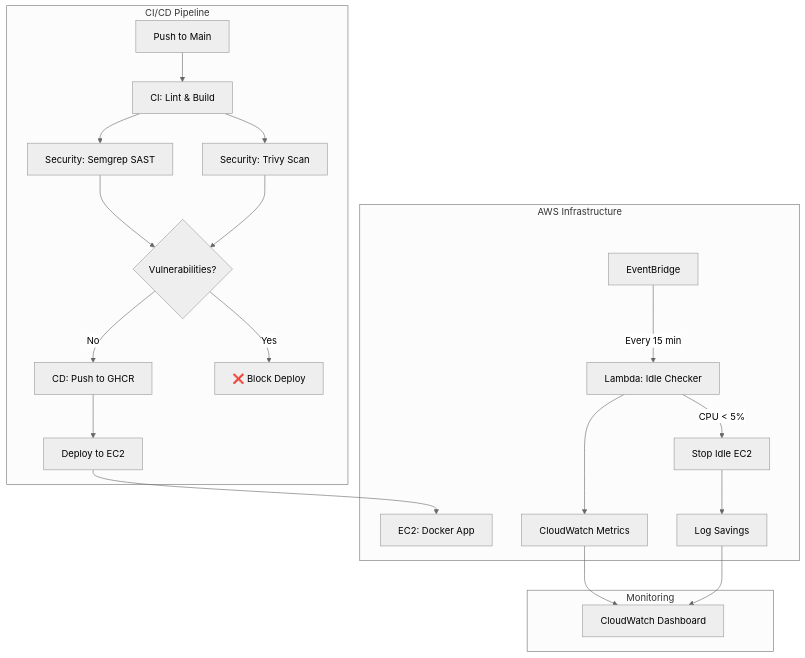
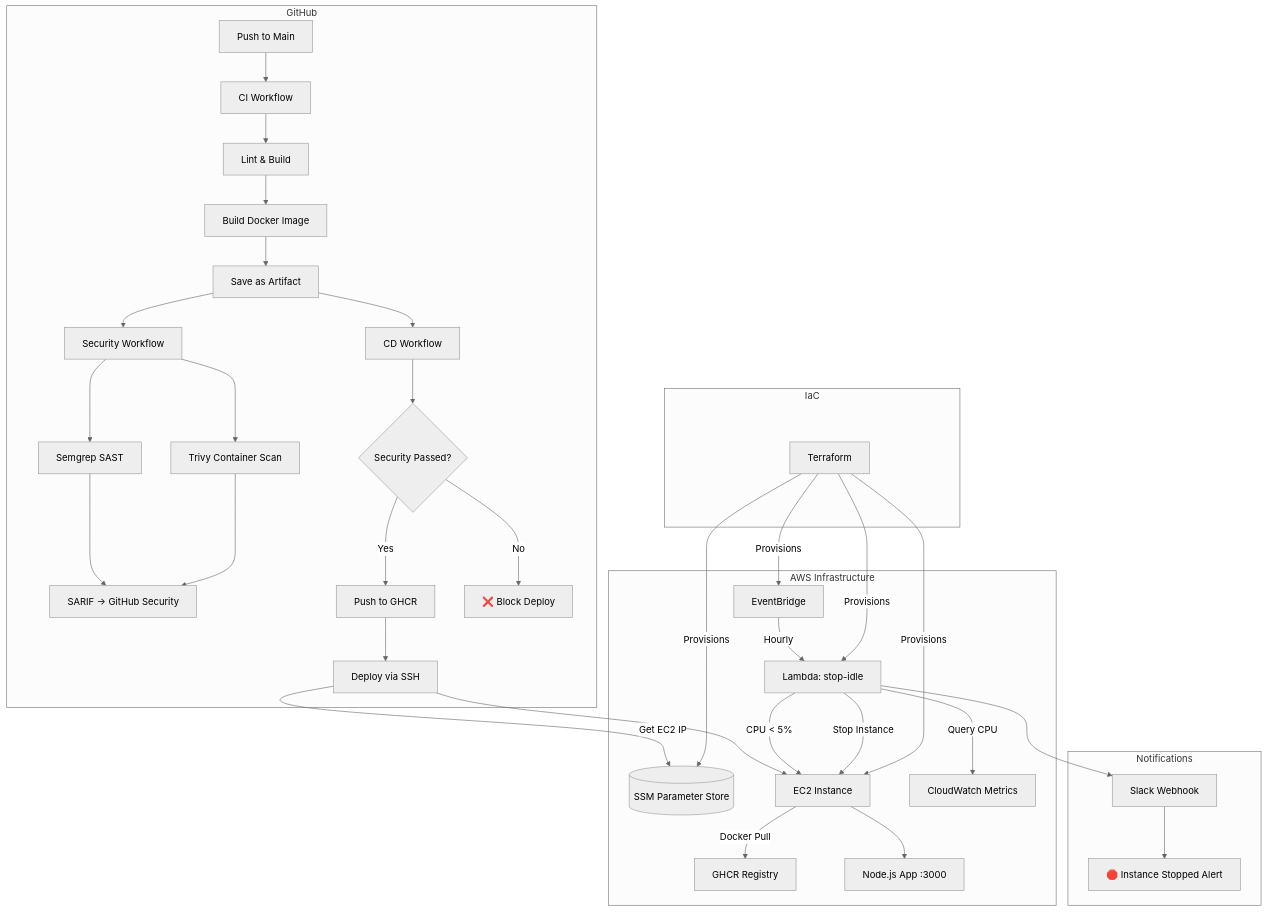
One commit to Anshul-exe/Autonomous-Cloud-Guardian changed the diagram in README.md. Above: the diagram before and after it, drawn with Mermaid (neutral theme). The commit also changed other lines of this file, not shown here.

````diff
--- a/README.md
+++ b/README.md
@@ -26,26 +26,45 @@
 ```mermaid
 flowchart TB
-    subgraph "CI/CD Pipeline"
-        A[Push to Main] --> B[CI: Lint & Build]
-        B --> C[Security: Semgrep SAST]
-        B --> D[Security: Trivy Scan]
-        C --> E{Vulnerabilities?}
-        D --> E
-        E -->|No| F[CD: Push to GHCR]
-        E -->|Yes| G[❌ Block Deploy]
-        F --> H[Deploy to EC2]
+    subgraph "GitHub"
+        A[Push to Main] --> B[CI Workflow]
+        B --> B1[Lint & Build]
+        B1 --> B2[Build Docker Image]
+        B2 --> B3[Save as Artifact]
+
+        B3 --> C[Security Workflow]
+        C --> C1[Semgrep SAST]
+        C --> C2[Trivy Container Scan]
+        C1 & C2 --> C3[SARIF → GitHub Security]
+
+        B3 --> D[CD Workflow]
+        D --> D1{Security Passed?}
+        D1 -->|Yes| D2[Push to GHCR]
+        D1 -->|No| D3[❌ Block Deploy]
+        D2 --> D4[Deploy via SSH]
     end
 
     subgraph "AWS Infrastructure"
-        H --> I[EC2: Docker App]
-        J[EventBridge] -->|Every 15 min| K[Lambda: Idle Checker]
-        K --> L[CloudWatch Metrics]
-        K -->|CPU < 5%| M[Stop Idle EC2]
-        M --> N[Log Savings]
+        SSM[(SSM Parameter Store)]
+        D4 --> |Get EC2 IP| SSM
+        D4 --> EC2[EC2 Instance]
+        EC2 --> |Docker Pull| GHCR[GHCR Registry]
+        EC2 --> APP[Node.js App :3000]
+
+        EB[EventBridge] -->|Hourly| LAMBDA[Lambda: stop-idle]
+        LAMBDA --> |Query CPU| CW[CloudWatch Metrics]
+        LAMBDA -->|CPU < 5%| EC2
+        LAMBDA -->|Stop Instance| EC2
     end
 
-    subgraph "Monitoring"
-        L --> O[CloudWatch Dashboard]
-        N --> O
+    subgraph "Notifications"
+        LAMBDA --> SLACK[Slack Webhook]
+        SLACK --> ALERT[🛑 Instance Stopped Alert]
+    end
+
+    subgraph "IaC"
+        TF[Terraform] --> |Provisions| EC2
+        TF --> |Provisions| LAMBDA
+        TF --> |Provisions| SSM
+        TF --> |Provisions| EB
     end
 ```
````
